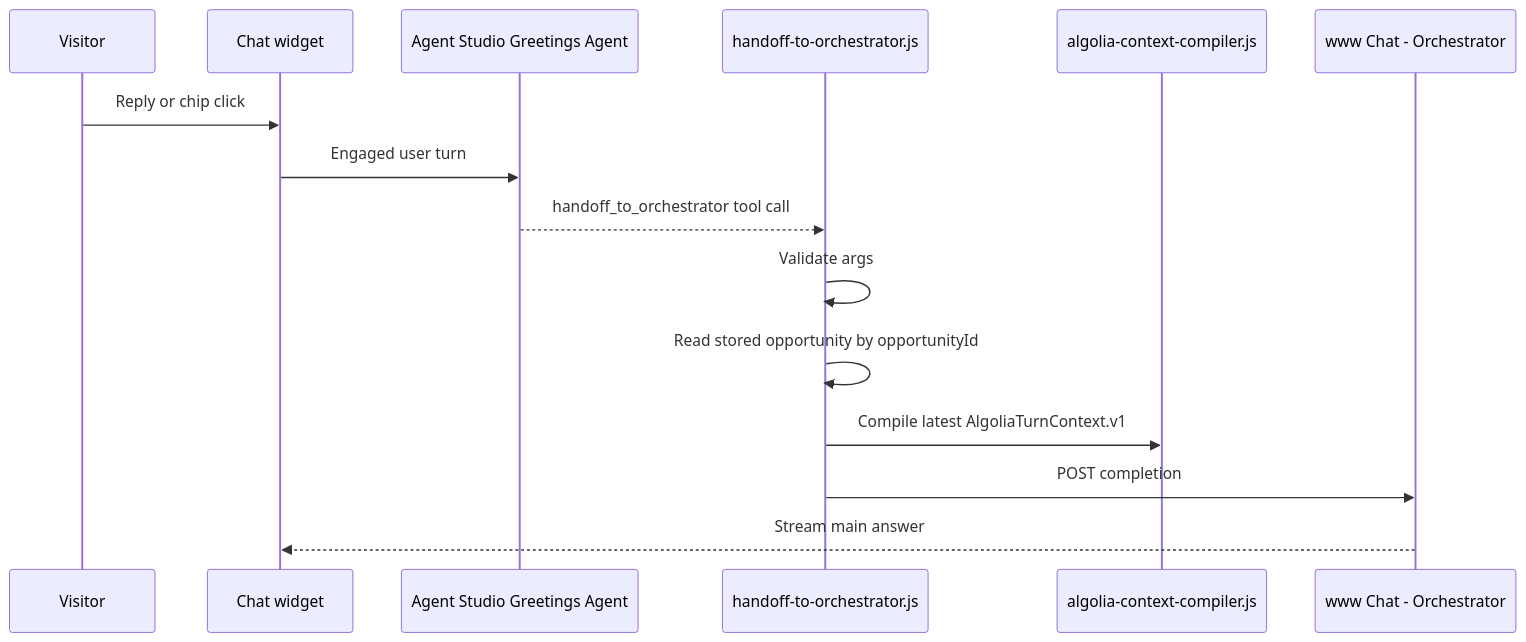
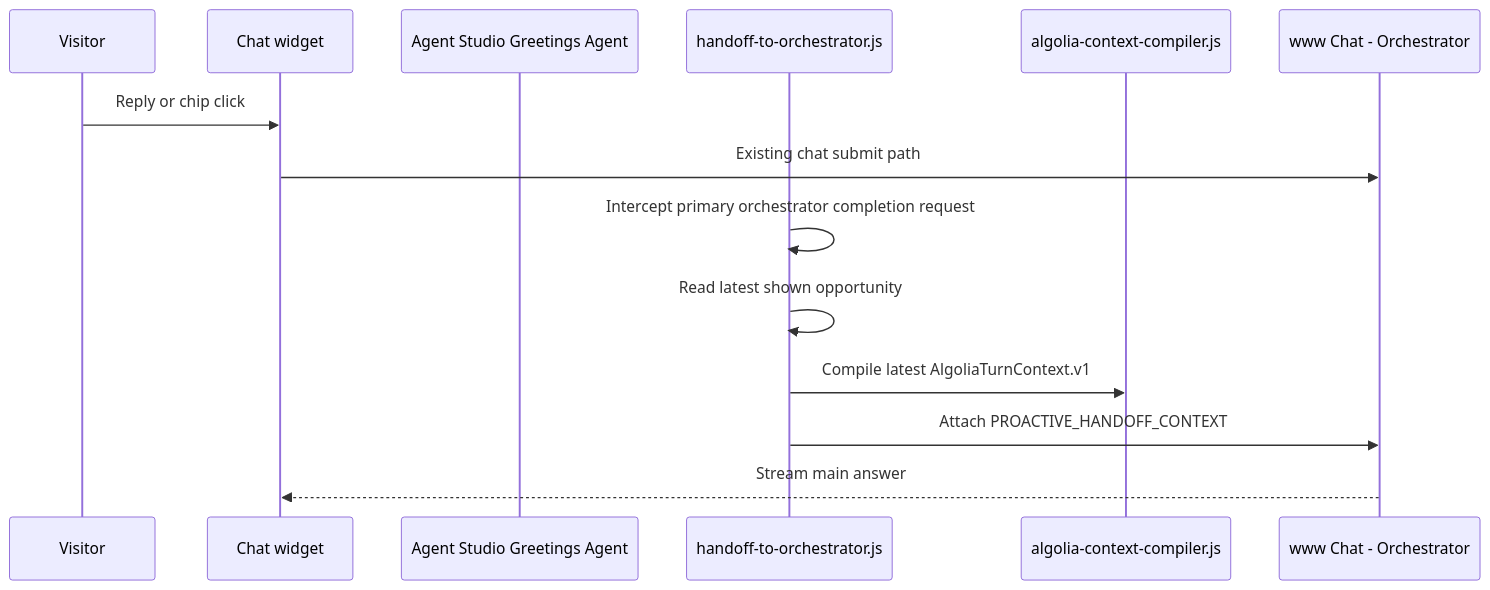
Before and after one commit to arijitchowdhury80/content-engagement: the diagram in docs/design/search-experience/discovery-engagement/HANDOFF-TO-ORCHESTRATOR-CLIENT-TOOL.md, drawn with Mermaid. The commit also changed other lines of this file and 47 other files, not shown here.

Commit message:
Add proactive greeting handoff flow

````diff
--- a/docs/design/search-experience/discovery-engagement/HANDOFF-TO-ORCHESTRATOR-CLIENT-TOOL.md
+++ b/docs/design/search-experience/discovery-engagement/HANDOFF-TO-ORCHESTRATOR-CLIENT-TOOL.md
@@ -13,18 +13,17 @@
 ```mermaid
 sequenceDiagram
   participant Visitor
   participant Widget as Chat widget
   participant Agent as Agent Studio Greetings Agent
   participant Tool as handoff-to-orchestrator.js
   participant Compiler as algolia-context-compiler.js
   participant Orchestrator as www Chat - Orchestrator
 
   Visitor->>Widget: Reply or chip click
-  Widget->>Agent: Engaged user turn
-  Agent-->>Tool: handoff_to_orchestrator tool call
-  Tool->>Tool: Validate args
-  Tool->>Tool: Read stored opportunity by opportunityId
+  Widget->>Orchestrator: Existing chat submit path
+  Tool->>Tool: Intercept primary orchestrator completion request
+  Tool->>Tool: Read latest shown opportunity
   Tool->>Compiler: Compile latest AlgoliaTurnContext.v1
-  Tool->>Orchestrator: POST completion
+  Tool->>Orchestrator: Attach PROACTIVE_HANDOFF_CONTEXT
   Orchestrator-->>Widget: Stream main answer
 ```
````
